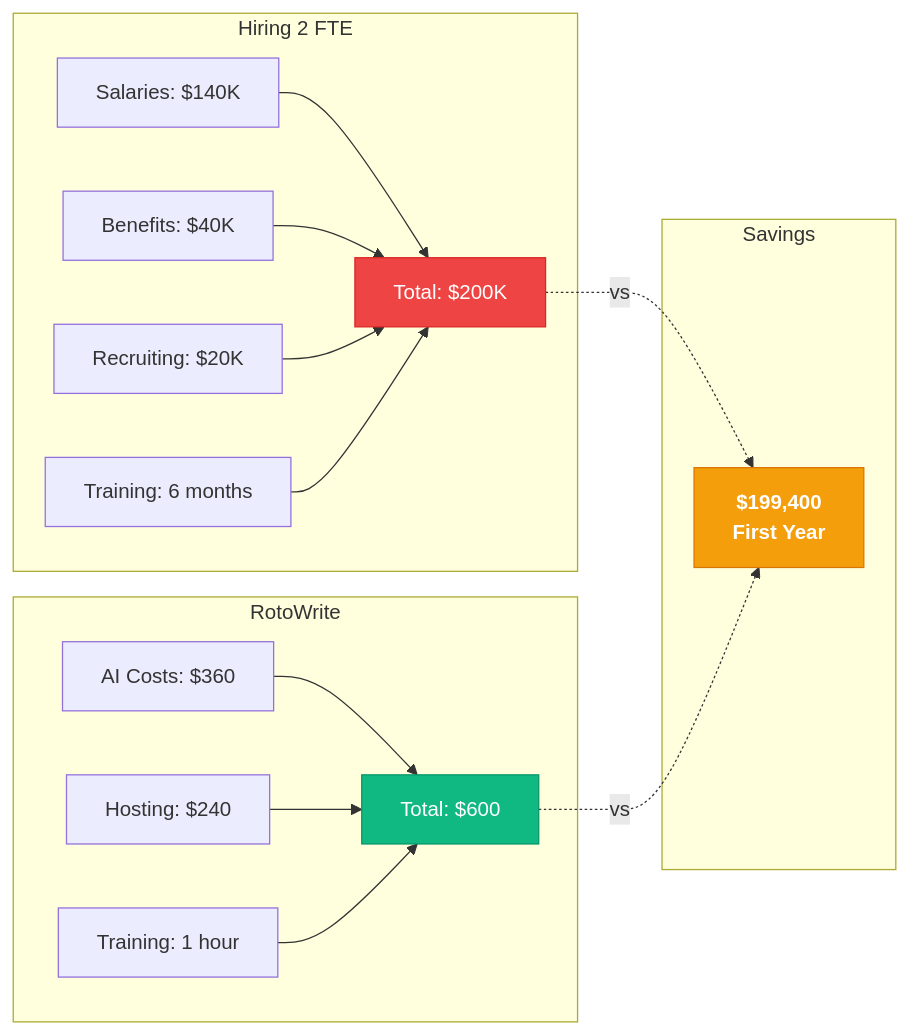
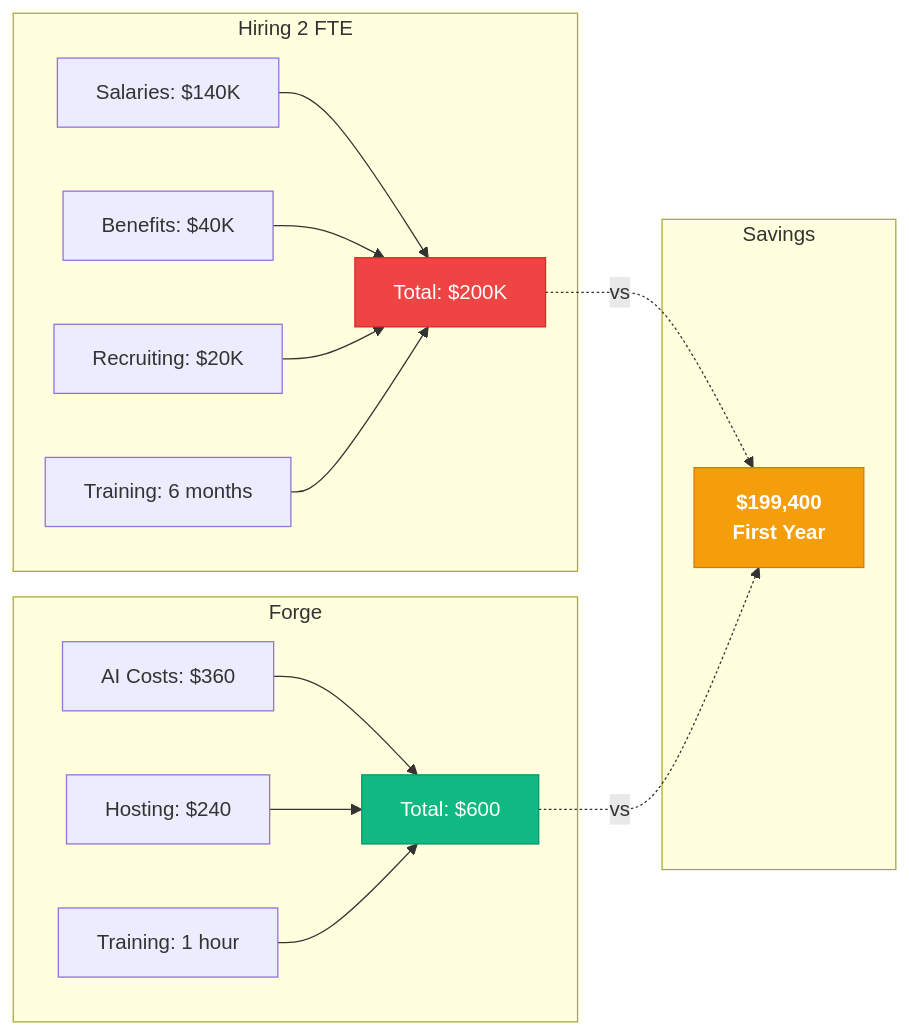
Before and after one commit to verygooddesigners/forge: the second of 2 diagrams in presentation-diagrams/roi-comparison.md, drawn with Mermaid. The commit also changed other lines of this file and 132 other files, not shown here.

First line of the commit message:
Rename application from RotoWrite to Forge

````diff
--- a/presentation-diagrams/roi-comparison.md
+++ b/presentation-diagrams/roi-comparison.md
@@ -95,35 +95,35 @@
 ```mermaid
 graph LR
     subgraph "Hiring 2 FTE"
         H1[Salaries: $140K]
         H2[Benefits: $40K]
         H3[Recruiting: $20K]
         H4[Training: 6 months]
         H5[Total: $200K]
         H1 --> H5
         H2 --> H5
         H3 --> H5
         H4 --> H5
     end
     
-    subgraph "RotoWrite"
+    subgraph "Forge"
         R1[AI Costs: $360]
         R2[Hosting: $240]
         R3[Training: 1 hour]
         R4[Total: $600]
         R1 --> R4
         R2 --> R4
         R3 --> R4
     end
     
     subgraph "Savings"
         S1[$199,400<br/>First Year]
     end
     
     H5 -.->|vs| S1
     R4 -.->|vs| S1
     
     style H5 fill:#ef4444,stroke:#dc2626,color:#fff
     style R4 fill:#10b981,stroke:#059669,color:#fff
     style S1 fill:#f59e0b,stroke:#d97706,color:#fff,font-weight:bold
 ```
````
